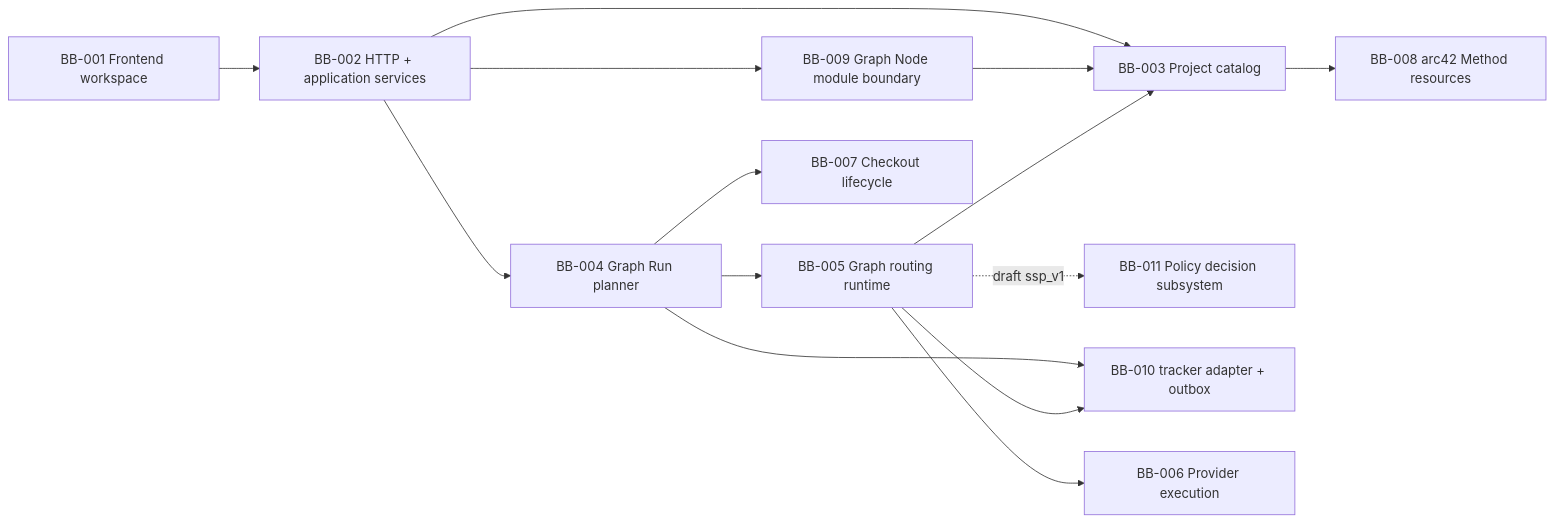
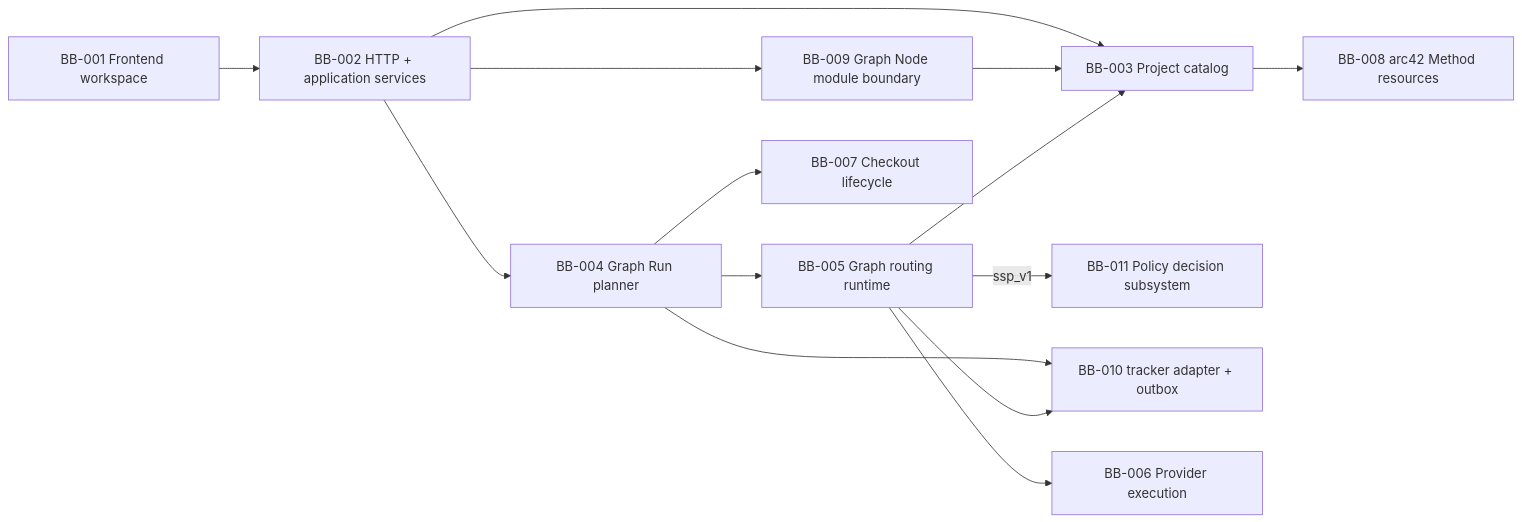
Before and after one commit to isinisalo/ballet: the diagram in .ballet/arc42/05-building-block-view.md, drawn with Mermaid. The commit also changed other lines of this file and 65 other files, not shown here.

````diff
--- a/.ballet/arc42/05-building-block-view.md
+++ b/.ballet/arc42/05-building-block-view.md
@@ -26,16 +26,16 @@
 ```mermaid
 flowchart LR
   ui["BB-001 Frontend workspace"] --> api["BB-002 HTTP + application services"]
   api --> catalog["BB-003 Project catalog"]
   api --> planner["BB-004 Graph Run planner"]
   api --> modules["BB-009 Graph Node module boundary"]
   planner --> runtime["BB-005 Graph routing runtime"]
-  runtime -. "draft ssp_v1" .-> policy["BB-011 Policy decision subsystem"]
+  runtime -->|"ssp_v1"| policy["BB-011 Policy decision subsystem"]
   planner --> tracker["BB-010 tracker adapter + outbox"]
   runtime --> tracker
   runtime --> execution["BB-006 Provider execution"]
   planner --> lifecycle["BB-007 Checkout lifecycle"]
   catalog --> method["BB-008 arc42 Method resources"]
   modules --> catalog
   runtime --> catalog
 ```
````
